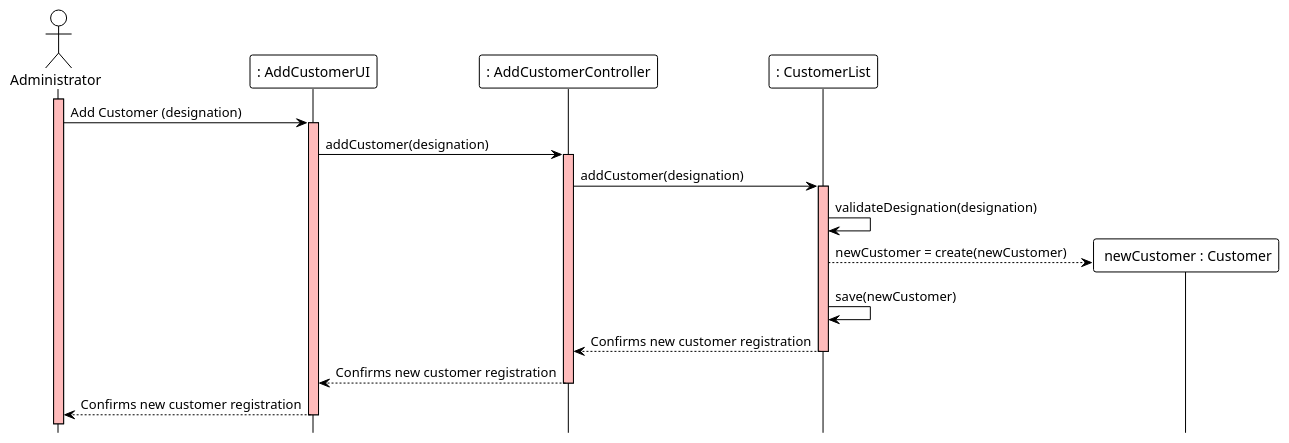
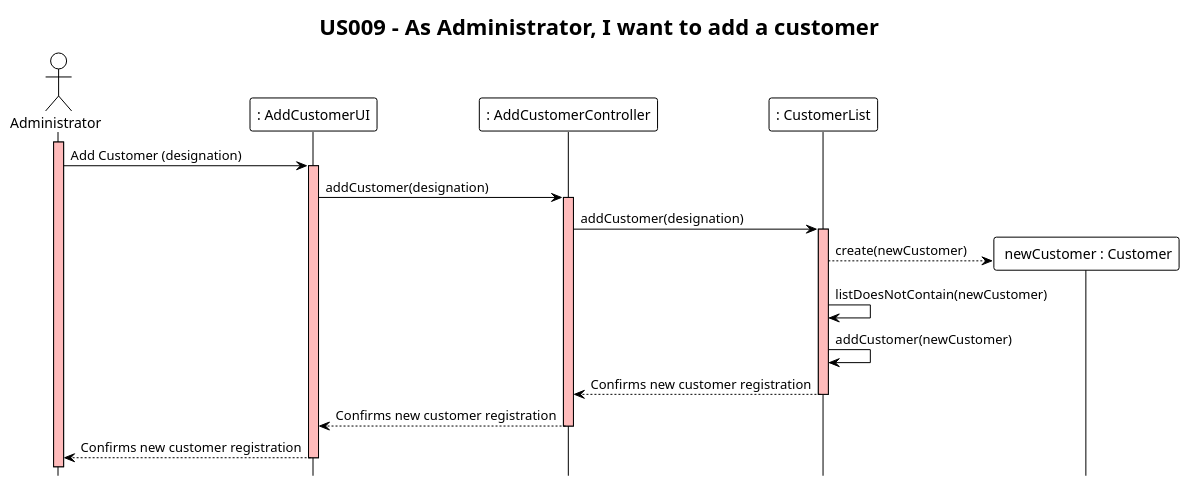
One commit to ivo-menezes/project_g3 changed the diagram in docs/modelling_design/user_stories/us009/US009_AddACustomerSD.puml. Above: the diagram before and after it, drawn with PlantUML. The commit also changed 1 other file, not shown here.

```diff
--- a/docs/modelling_design/user_stories/us009/US009_AddACustomerSD.puml
+++ b/docs/modelling_design/user_stories/us009/US009_AddACustomerSD.puml
@@ -1,45 +1,47 @@
 @startuml
 !theme plain
 hide footbox
+title "US009 - As Administrator, I want to add a customer"
 
 actor Administrator  as Administrator
 participant ": AddCustomerUI" as UI
 participant ": AddCustomerController" as Controller
 participant ": CustomerList" as List
 'participant "customerDTO : CustomerDTO" as DTO
 participant " newCustomer : Customer" as newCustomer
 
 
 activate Administrator #FFBBBB
 Administrator ->  UI : Add Customer (designation)
 
 activate UI #FFBBBB
 UI -> Controller : addCustomer(designation)
 
 activate Controller #FFBBBB
 'Controller -> List : defaultCustomer = getCustomerByName("name")
 
 'activate ProfileList #FFBBBB
 'deactivate ProfileList
 
 Controller -> List : addCustomer(designation)
 
 activate List #FFBBBB
 'List -> DTO : name = getName()
 
 'activate DTO #FFBBBB
 'deactivate DTO
 
-List -> List : validateDesignation(designation)
 
-List --> newCustomer ** : newCustomer = create(newCustomer)
-List -> List : save(newCustomer)
+
+List --> newCustomer ** : create(newCustomer)
+List -> List : listDoesNotContain(newCustomer)
+List -> List : addCustomer(newCustomer)
 
 List --> Controller : Confirms new customer registration
 deactivate List
 
 Controller --> UI : Confirms new customer registration
 deactivate Controller
 UI --> Administrator : Confirms new customer registration
 deactivate UI
 @enduml
```
